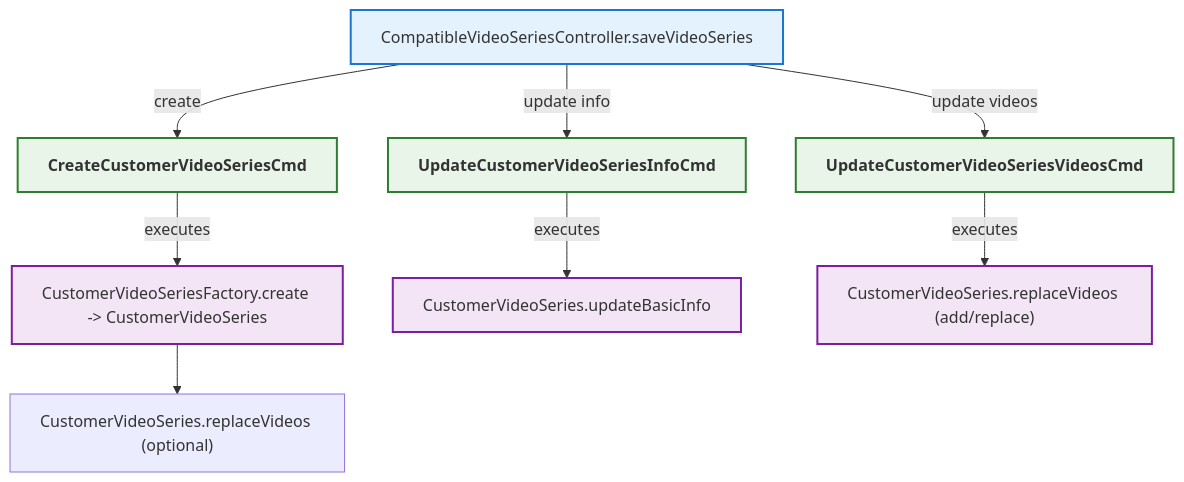
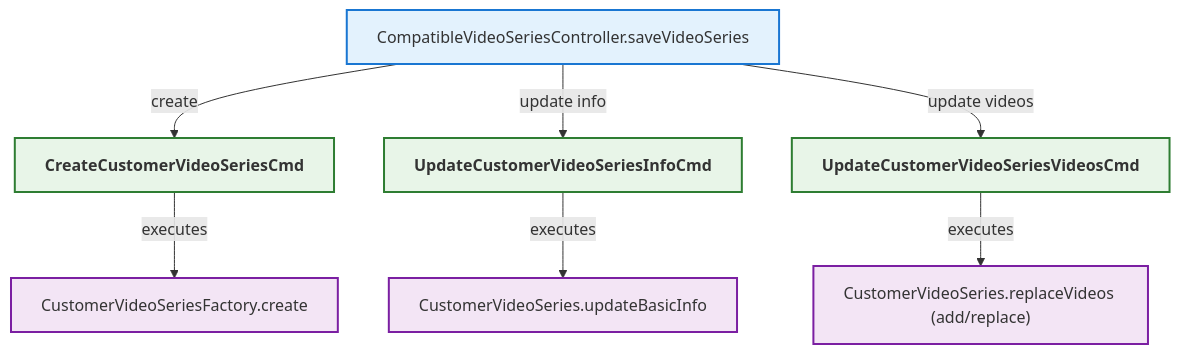
Before and after one commit to LDmoxeii/only-danmuku: the diagram in analysis/CompatibleVideoSeriesController_saveVideoSeries.mmd, drawn with Mermaid.

Commit message:
refactor(analysis): 简化视频系列创建流程- 移除 CustomerVideoSeries.replaceVideos 的可选调用 - 合并创建与更新分支的执行逻辑 -优化命令与实体方法间的依赖关系- 删除冗余的流程节点以提高清晰度

```diff
--- a/analysis/CompatibleVideoSeriesController_saveVideoSeries.mmd
+++ b/analysis/CompatibleVideoSeriesController_saveVideoSeries.mmd
@@ -1,53 +1,50 @@
 flowchart TB
 
     N1["CompatibleVideoSeriesController.saveVideoSeries"]
     class N1 controllermethod;
 
     %% Create branch
     C1["CreateCustomerVideoSeriesCmd"]
     class C1 command;
-    A1["CustomerVideoSeriesFactory.create -> CustomerVideoSeries"]
-    class A1 entitymethod;
-    A1b["CustomerVideoSeries.replaceVideos (optional)"]
+    A1["CustomerVideoSeriesFactory.create"]
     class A1 entitymethod;
 
     %% Update branch (info)
     C2["UpdateCustomerVideoSeriesInfoCmd"]
     class C2 command;
     A2["CustomerVideoSeries.updateBasicInfo"]
     class A2 entitymethod;
 
     %% Update branch (videos)
     C3["UpdateCustomerVideoSeriesVideosCmd"]
     class C3 command;
     A3["CustomerVideoSeries.replaceVideos (add/replace)"]
     class A3 entitymethod;
 
     %% Relationships
     N1 -->|create| C1
     C1 -->|executes| A1
-    A1 --> A1b
 
     N1 -->|update info| C2
     C2 -->|executes| A2
 
     N1 -->|update videos| C3
     C3 -->|executes| A3
 
     %% Styles
     classDef controller fill:#e3f2fd,stroke:#1565c0,stroke-width:2px,font-weight:bold;
     classDef controllermethod fill:#e3f2fd,stroke:#1976d2,stroke-width:2px;
     classDef endpoint fill:#e3f2fd,stroke:#42a5f5,stroke-width:2px;
     classDef commandsender fill:#e3f2fd,stroke:#1565c0,stroke-width:2px,font-style:italic;
     classDef commandsendermethod fill:#e3f2fd,stroke:#1976d2,stroke-width:2px,font-style:italic;
     classDef command fill:#e8f5e8,stroke:#2e7d32,stroke-width:2px,font-weight:bold;
     classDef commandhandler fill:#e8f5e8,stroke:#388e3c,stroke-width:2px,font-weight:bold;
     classDef aggregate fill:#fff8e1,stroke:#ff8f00,stroke-width:3px,font-weight:bold;
     classDef entitymethod fill:#f3e5f5,stroke:#7b1fa2,stroke-width:2px;
     classDef domainevent fill:#fff3e0,stroke:#e65100,stroke-width:2px,font-style:italic;
     classDef domaineventhandler fill:#fff3e0,stroke:#ef6c00,stroke-width:2px,font-weight:bold;
     classDef integrationevent fill:#fce4ec,stroke:#880e4f,stroke-width:2px;
     classDef integrationeventhandler fill:#fce4ec,stroke:#ad1457,stroke-width:2px,font-weight:bold;
     classDef integrationeventconverter fill:#e3f2fd,stroke:#0277bd,stroke-width:2px;
     classDef repo fill:#d6dbdf,stroke:#85929e,stroke-width:2px;
     classDef uow fill:#f2f4f4,stroke:#7f8c8d,stroke-width:2px;
```
